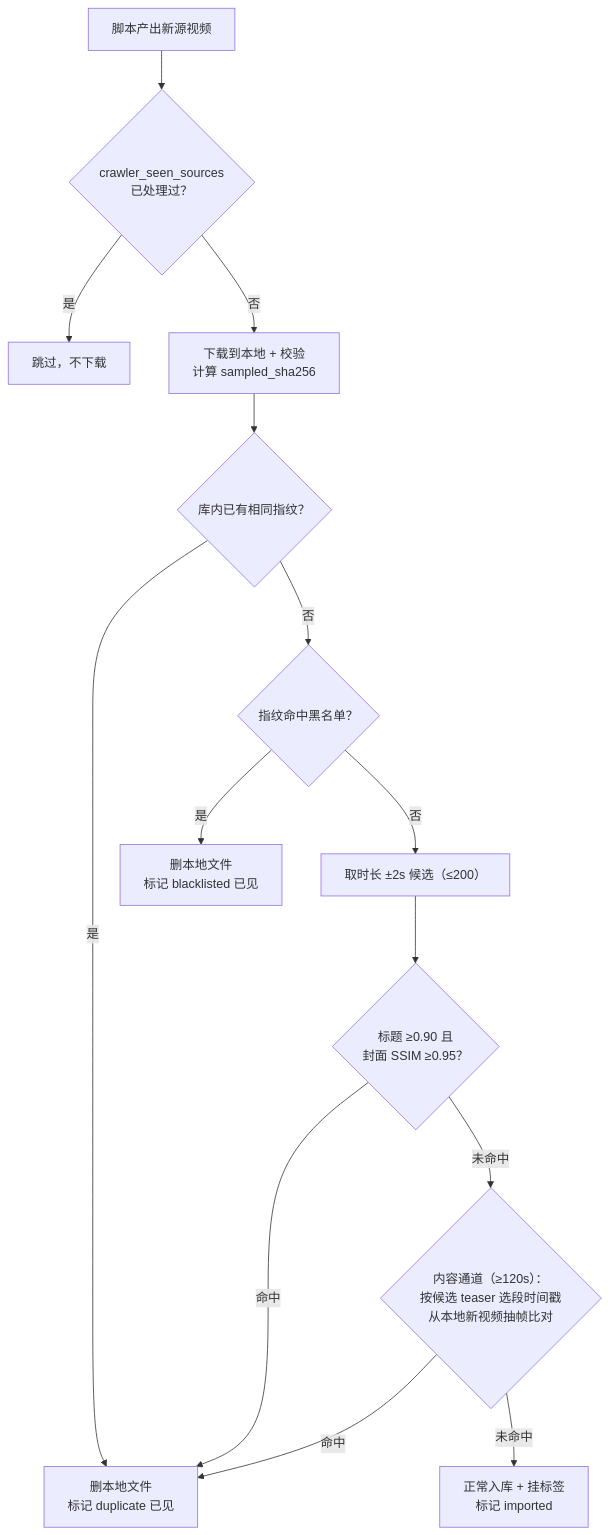
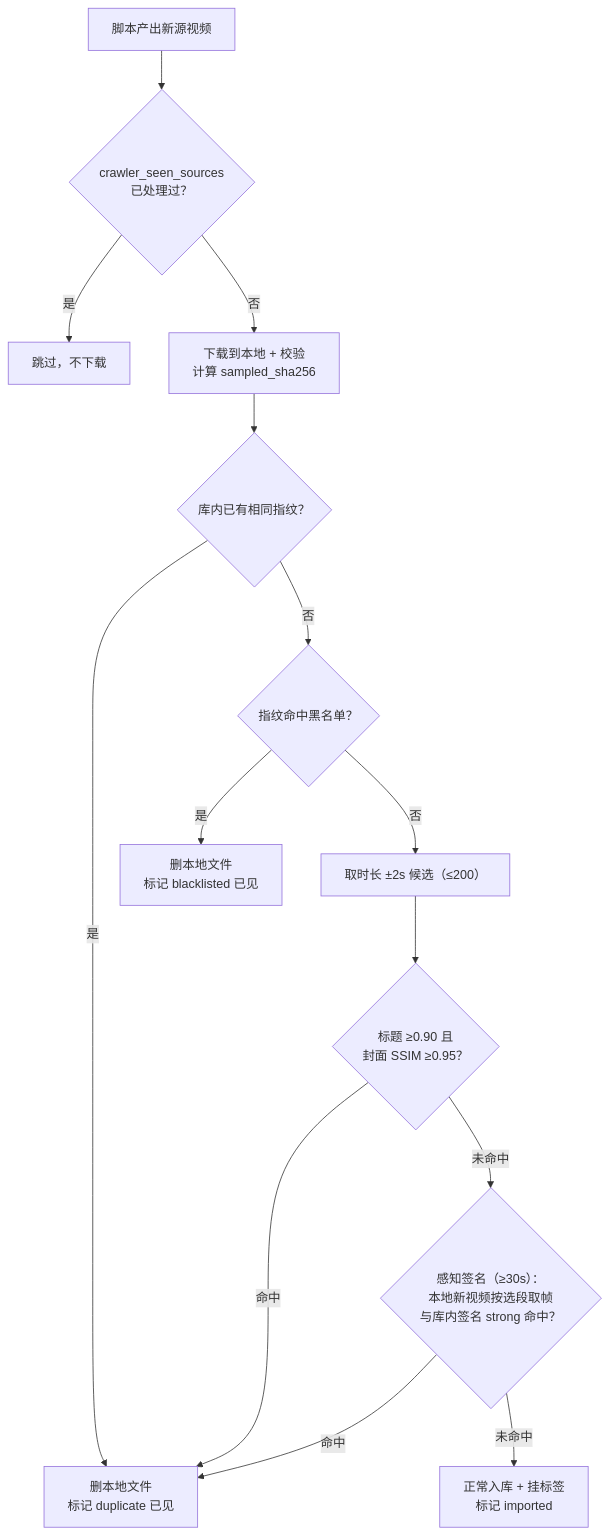
One commit to nianzhibai/91 changed the second of 3 diagrams in docs/DEDUP.md. Above: the diagram before and after it, drawn with Mermaid. The commit also changed other lines of this file and 38 other files, not shown here.

````diff
--- a/docs/DEDUP.md
+++ b/docs/DEDUP.md
@@ -58,16 +68,16 @@
 ```mermaid
 flowchart TD
     A["脚本产出新源视频"] --> B{"crawler_seen_sources<br/>已处理过？"}
     B -- 是 --> SKIP1["跳过，不下载"]
     B -- 否 --> C["下载到本地 + 校验<br/>计算 sampled_sha256"]
     C --> D{"库内已有相同指纹？"}
     D -- 是 --> SKIP2["删本地文件<br/>标记 duplicate 已见"]
     D -- 否 --> BL{"指纹命中黑名单？"}
     BL -- 是 --> SKIP3["删本地文件<br/>标记 blacklisted 已见"]
     BL -- 否 --> E["取时长 ±2s 候选（≤200）"]
     E --> F{"标题 ≥0.90 且<br/>封面 SSIM ≥0.95？"}
     F -- 命中 --> SKIP2
-    F -- 未命中 --> G{"内容通道（≥120s）：<br/>按候选 teaser 选段时间戳<br/>从本地新视频抽帧比对"}
+    F -- 未命中 --> G{"感知签名（≥30s）：<br/>本地新视频按选段取帧<br/>与库内签名 strong 命中？"}
     G -- 命中 --> SKIP2
     G -- 未命中 --> J["正常入库 + 挂标签<br/>标记 imported"]
 ```
````
